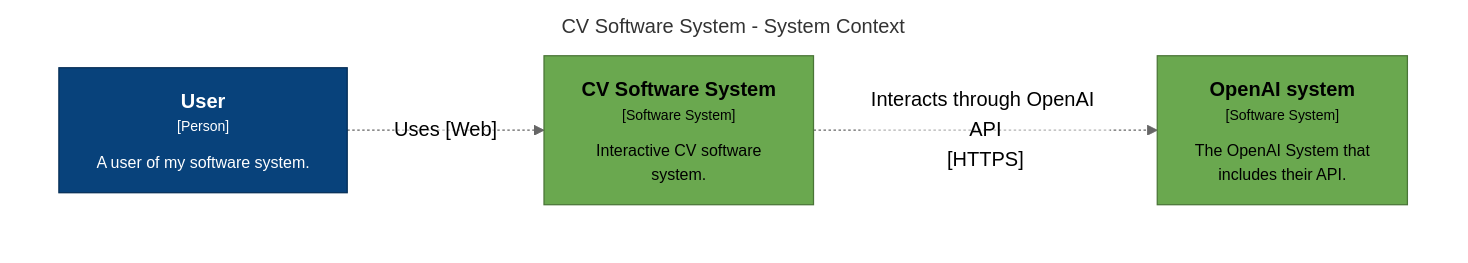
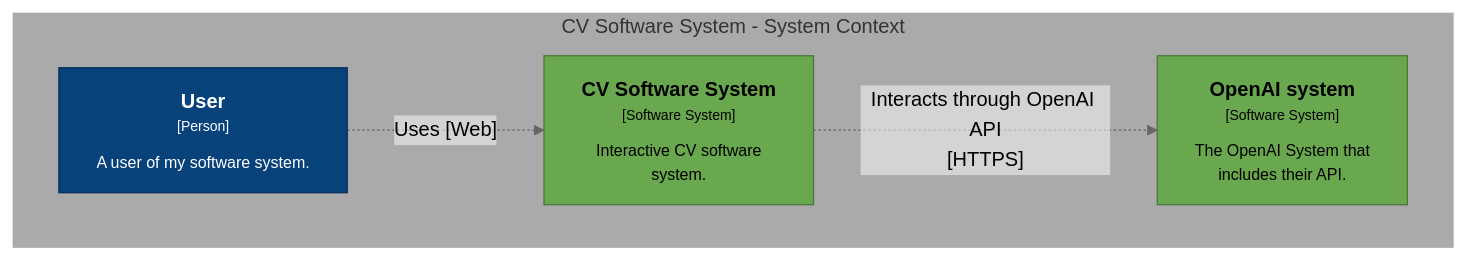
The first of 3 diagrams in README.md (alexknips/nextjs-cv), drawn with Mermaid (neutral theme) before and after one commit.

````diff
--- a/README.md
+++ b/README.md
@@ -16,18 +16,18 @@
 ```mermaid
 graph TB
-  linkStyle default fill:#ffffff
+  linkStyle default fill:#aaaaaa
 
   subgraph diagram ["CV Software System - System Context"]
-    style diagram fill:#ffffff,stroke:#ffffff
+    style diagram fill:#aaaaaa,stroke:#ffffff
 
     2["<div style='font-weight: bold'>User</div><div style='font-size: 70%; margin-top: 0px'>[Person]</div><div style='font-size: 80%; margin-top:10px'>A user of my software system.</div>"]
     style 2 fill:#08427b,stroke:#052e56,color:#ffffff
     3["<div style='font-weight: bold'>OpenAI system</div><div style='font-size: 70%; margin-top: 0px'>[Software System]</div><div style='font-size: 80%; margin-top:10px'>The OpenAI System that<br />includes their API.</div>"]
     style 3 fill:#6aa84f,stroke:#4a7537,color:#000000
     4["<div style='font-weight: bold'>CV Software System</div><div style='font-size: 70%; margin-top: 0px'>[Software System]</div><div style='font-size: 80%; margin-top:10px'>Interactive CV software<br />system.</div>"]
     style 4 fill:#6aa84f,stroke:#4a7537,color:#000000
 
     2-. "<div>Uses [Web]</div><div style='font-size: 70%'></div>" .->4
     4-. "<div>Interacts through OpenAI API<br />[HTTPS]</div><div style='font-size: 70%'></div>" .->3
   end
 ```
````
